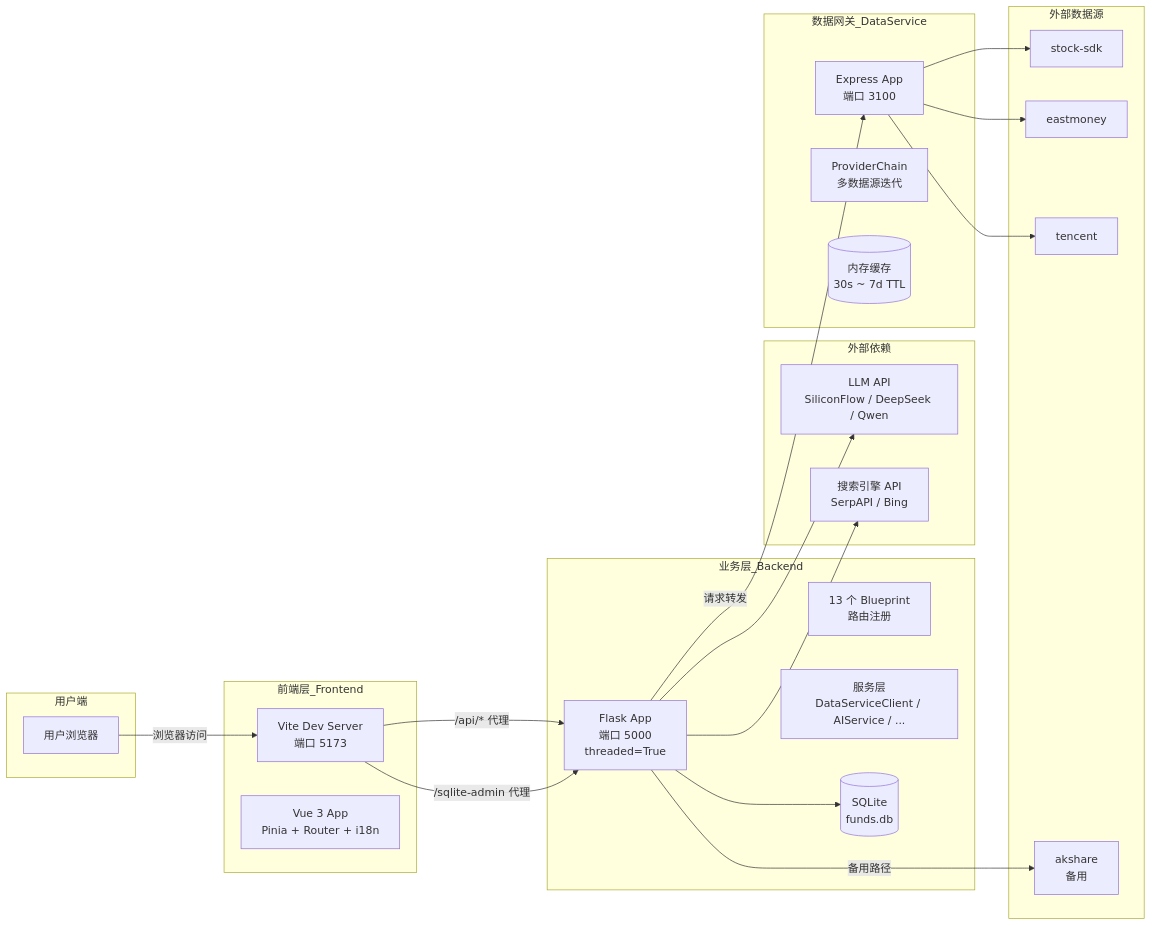
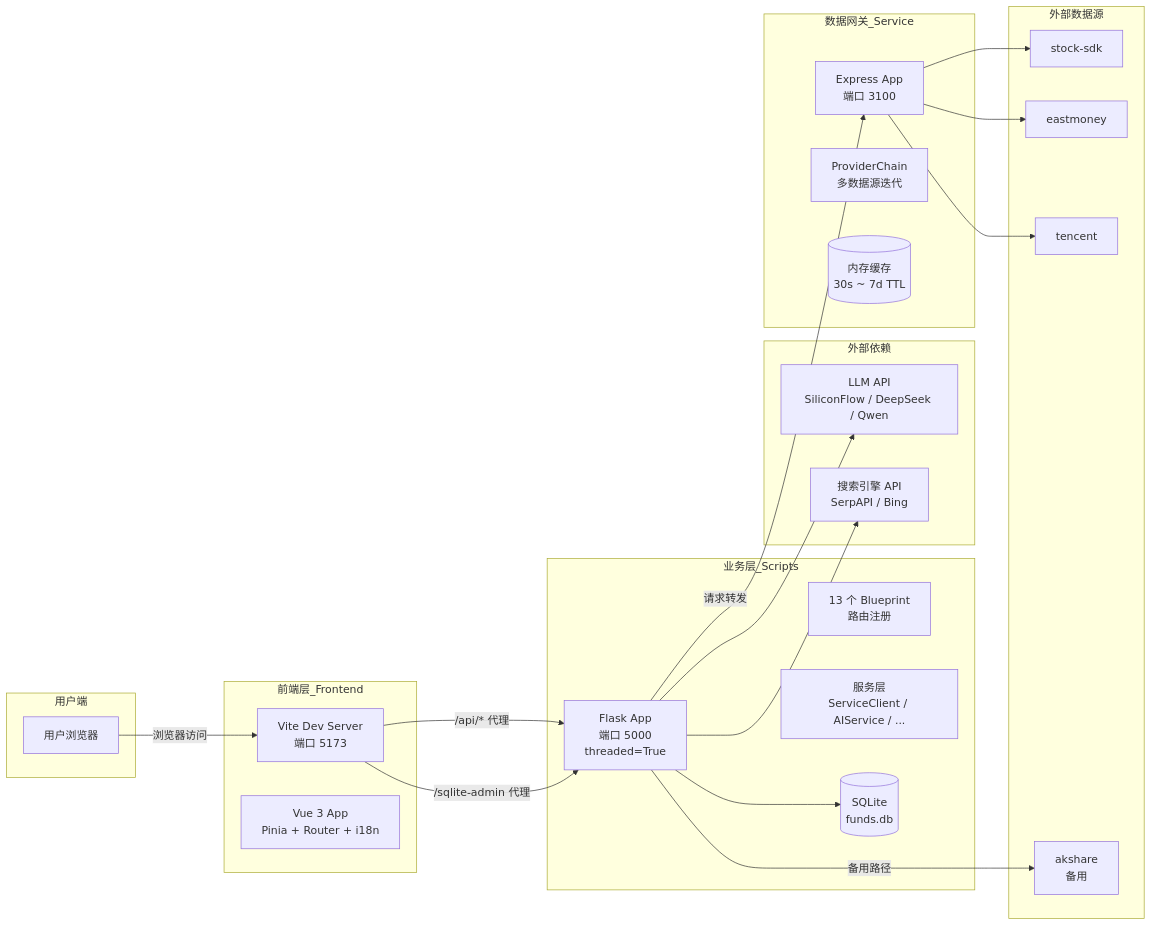
The first of 17 diagrams in docs/structure.md (ruinb0wman/GoFundBot), drawn with Mermaid before and after one commit. The commit also changed other lines of this file and 268 other files, not shown here.

````diff
--- a/docs/structure.md
+++ b/docs/structure.md
@@ -11,48 +11,48 @@
 ```mermaid
 flowchart LR
     subgraph 外部依赖
         LLM[LLM API<br/>SiliconFlow / DeepSeek / Qwen]
         SE[搜索引擎 API<br/>SerpAPI / Bing]
     end
 
     subgraph 用户端
         U[用户浏览器]
     end
 
     subgraph 前端层_Frontend
         VITE[Vite Dev Server<br/>端口 5173]
         VUE[Vue 3 App<br/>Pinia + Router + i18n]
     end
 
-    subgraph 业务层_Backend
+    subgraph 业务层_Scripts
         FLASK[Flask App<br/>端口 5000<br/>threaded=True]
         BP[13 个 Blueprint<br/>路由注册]
-        SVC[服务层<br/>DataServiceClient / AIService / ...]
+        SVC[服务层<br/>ServiceClient / AIService / ...]
         DB[(SQLite<br/>funds.db)]
     end
 
-    subgraph 数据网关_DataService
+    subgraph 数据网关_Service
         EXP[Express App<br/>端口 3100]
         PC[ProviderChain<br/>多数据源迭代]
         CACHE[(内存缓存<br/>30s ~ 7d TTL)]
     end
 
     subgraph 外部数据源
         SS[stock-sdk]
         EM[eastmoney]
         TC[tencent]
         AK[akshare<br/>备用]
     end
 
     U -->|浏览器访问| VITE
     VITE -->|/api/* 代理| FLASK
     VITE -->|/sqlite-admin 代理| FLASK
     FLASK -->|请求转发| EXP
     EXP --> SS
     EXP --> EM
     EXP --> TC
     FLASK -->|备用路径| AK
     FLASK --> LLM
     FLASK --> SE
     FLASK --> DB
 ```
````
